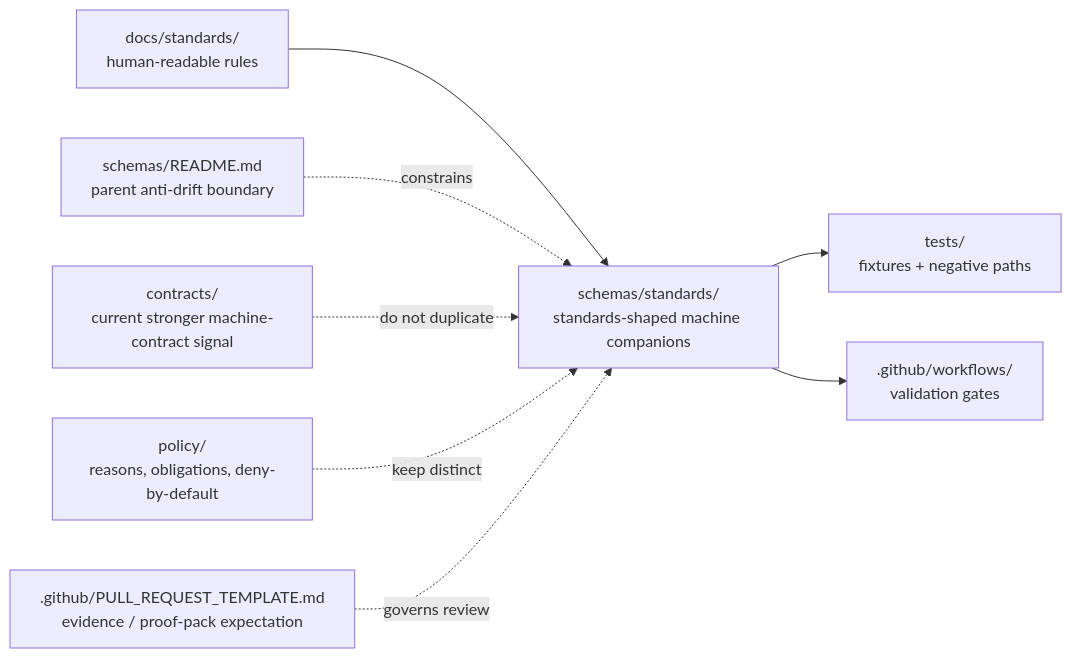
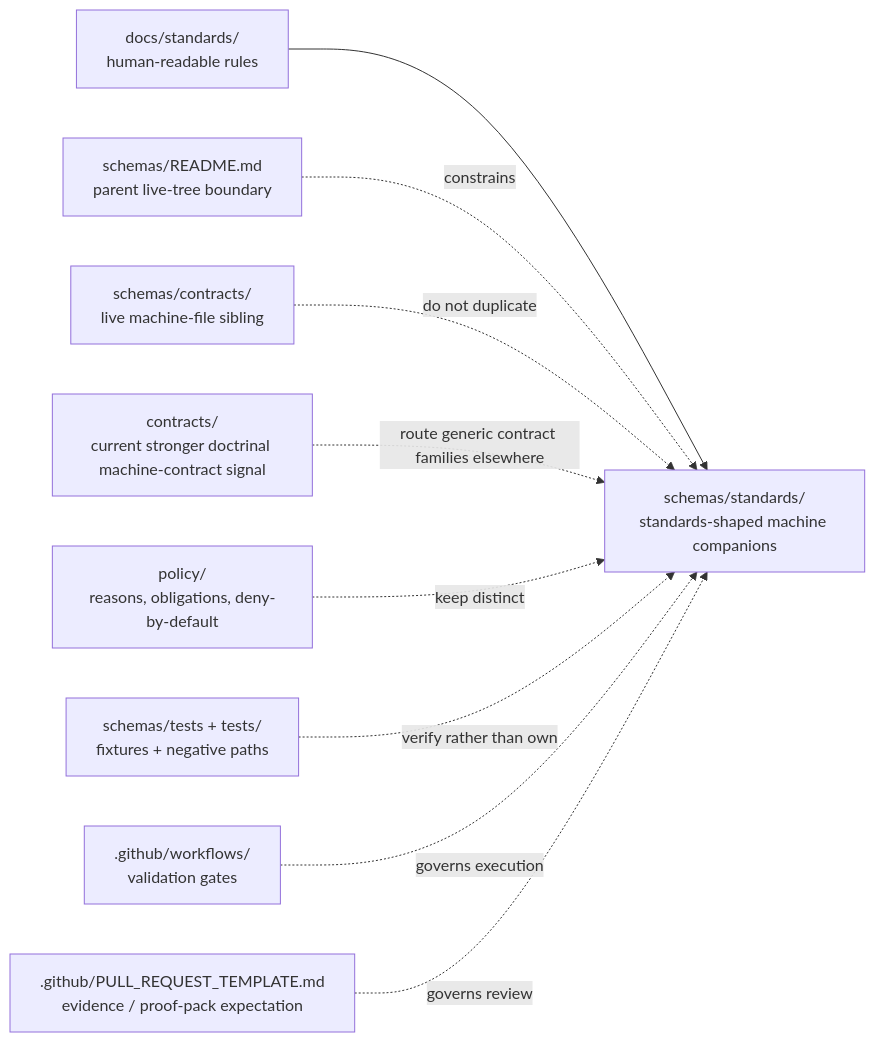
One commit to bartytime4life/Kansas-Frontier-Matrix changed the diagram in schemas/standards/README.md. Above: the diagram before and after it, drawn with Mermaid. The commit also changed other lines of this file, not shown here.

````diff
--- a/schemas/standards/README.md
+++ b/schemas/standards/README.md
@@ -282,10 +335,11 @@
 ```mermaid
 flowchart LR
     A["docs/standards/<br/>human-readable rules"] --> B["schemas/standards/<br/>standards-shaped machine companions"]
-    G["schemas/README.md<br/>parent anti-drift boundary"] -. constrains .-> B
-    E["contracts/<br/>current stronger machine-contract signal"] -. do not duplicate .-> B
+    G["schemas/README.md<br/>parent live-tree boundary"] -. constrains .-> B
+    H["schemas/contracts/<br/>live machine-file sibling"] -. do not duplicate .-> B
+    E["contracts/<br/>current stronger doctrinal machine-contract signal"] -. route generic contract families elsewhere .-> B
     F["policy/<br/>reasons, obligations, deny-by-default"] -. keep distinct .-> B
+    C["schemas/tests + tests/<br/>fixtures + negative paths"] -. verify rather than own .-> B
+    D[".github/workflows/<br/>validation gates"] -. governs execution .-> B
     P[".github/PULL_REQUEST_TEMPLATE.md<br/>evidence / proof-pack expectation"] -. governs review .-> B
-    B --> C["tests/<br/>fixtures + negative paths"]
-    B --> D[".github/workflows/<br/>validation gates"]
 ```
````
